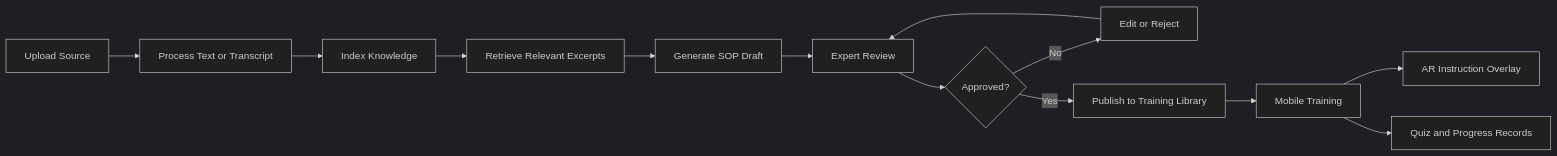
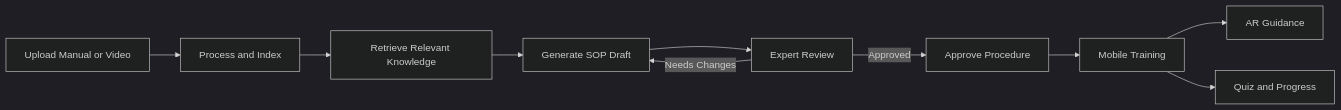
Before and after one commit to madhavharshit/Kizuna-AI: the second of 2 diagrams in README.md, drawn with Mermaid (dark theme). The commit also changed other lines of this file and 1 other file, not shown here.

````diff
--- a/README.md
+++ b/README.md
@@ -667,15 +97,17 @@
 ```mermaid
 flowchart LR
-    A[Upload Source] --> B[Process Text or Transcript]
-    B --> C[Index Knowledge]
-    C --> D[Retrieve Relevant Excerpts]
-    D --> E[Generate SOP Draft]
-    E --> F[Expert Review]
-    F --> G{Approved?}
-    G -->|No| H[Edit or Reject]
-    H --> F
-    G -->|Yes| I[Publish to Training Library]
-    I --> J[Mobile Training]
-    J --> K[AR Instruction Overlay]
-    J --> L[Quiz and Progress Records]
+    A[Upload Manual or Video]
+    B[Process and Index]
+    C[Retrieve Relevant Knowledge]
+    D[Generate SOP Draft]
+    E[Expert Review]
+    F[Approve Procedure]
+    G[Mobile Training]
+    H[AR Guidance]
+    I[Quiz and Progress]
+
+    A --> B --> C --> D --> E
+    E -->|Needs Changes| D
+    E -->|Approved| F --> G --> H
+    G --> I
 ```
````
